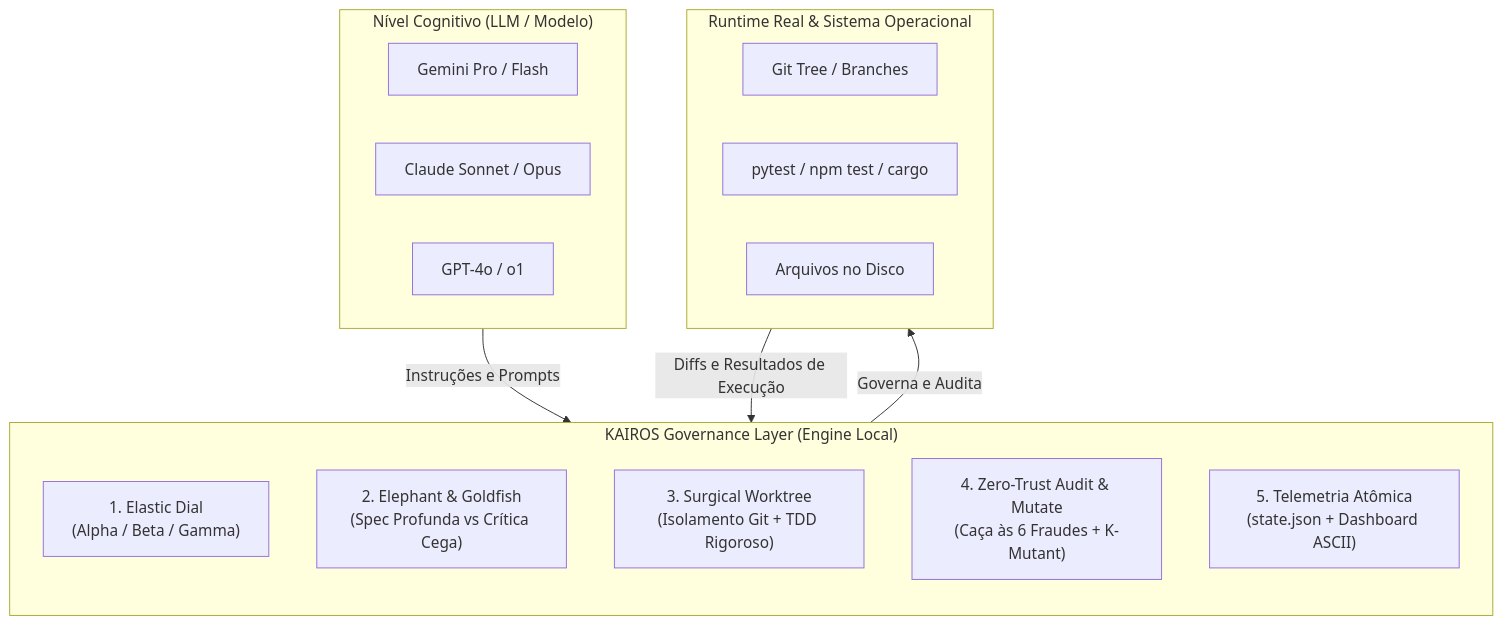
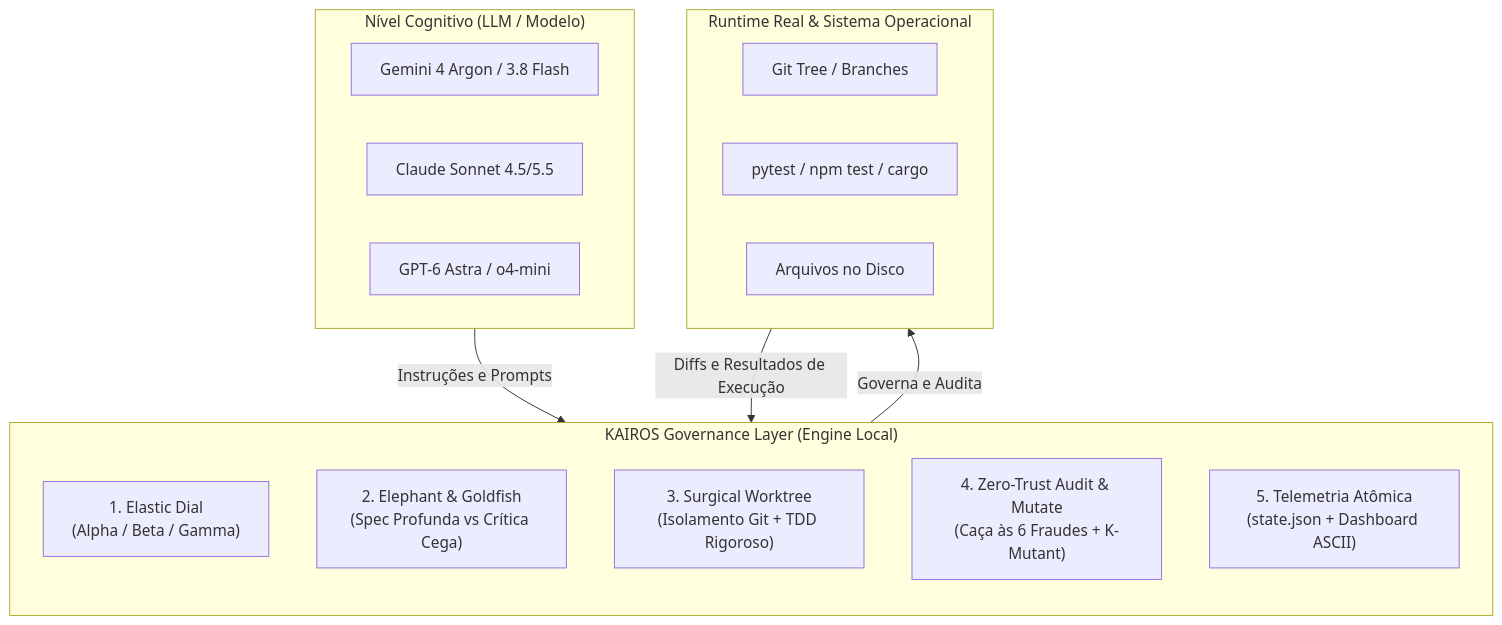
Before and after one commit to ismaelsoilet/kairos-framework: the first of 2 diagrams in docs/ANALISE_FINAL_HONESTA_E_CEGA.md, drawn with Mermaid. The commit also changed 7 other files, not shown here.

````diff
--- a/docs/ANALISE_FINAL_HONESTA_E_CEGA.md
+++ b/docs/ANALISE_FINAL_HONESTA_E_CEGA.md
@@ -14,29 +14,29 @@
 ```mermaid
 flowchart TD
     subgraph LLM_Tier["Nível Cognitivo (LLM / Modelo)"]
         direction LR
-        Gemini["Gemini Pro / Flash"]
-        Claude["Claude Sonnet / Opus"]
-        GPT["GPT-4o / o1"]
+        Gemini["Gemini 4 Argon / 3.8 Flash"]
+        Claude["Claude Sonnet 4.5/5.5"]
+        GPT["GPT-6 Astra / o4-mini"]
     end
 
     subgraph KAIROS_Core["KAIROS Governance Layer (Engine Local)"]
         direction TB
         Dial["1. Elastic Dial<br/>(Alpha / Beta / Gamma)"]
         Duality["2. Elephant & Goldfish<br/>(Spec Profunda vs Crítica Cega)"]
         Worktree["3. Surgical Worktree<br/>(Isolamento Git + TDD Rigoroso)"]
         Audit["4. Zero-Trust Audit & Mutate<br/>(Caça às 6 Fraudes + K-Mutant)"]
         Telemetry["5. Telemetria Atômica<br/>(state.json + Dashboard ASCII)"]
     end
 
     subgraph Physical_OS["Runtime Real & Sistema Operacional"]
         direction LR
         Git["Git Tree / Branches"]
         Tests["pytest / npm test / cargo"]
         Filesystem["Arquivos no Disco"]
     end
 
     LLM_Tier -->|Instruções e Prompts| KAIROS_Core
     KAIROS_Core -->|Governa e Audita| Physical_OS
     Physical_OS -->|Diffs e Resultados de Execução| KAIROS_Core
 ```
````
